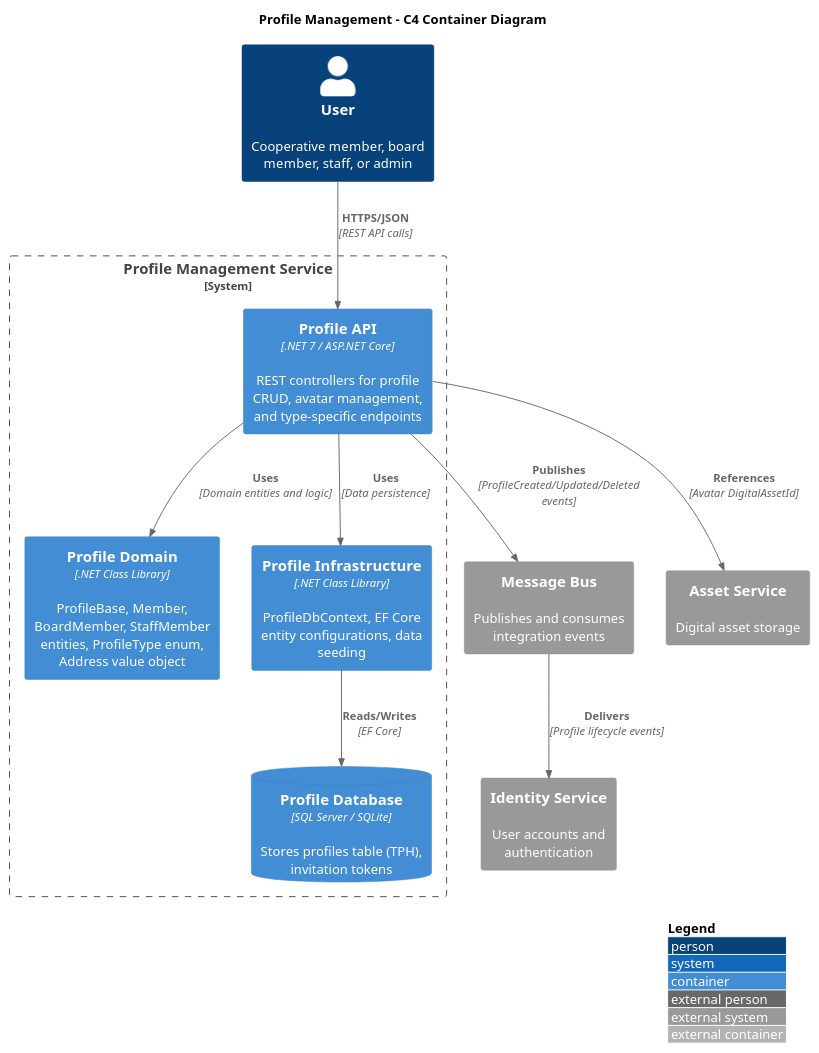
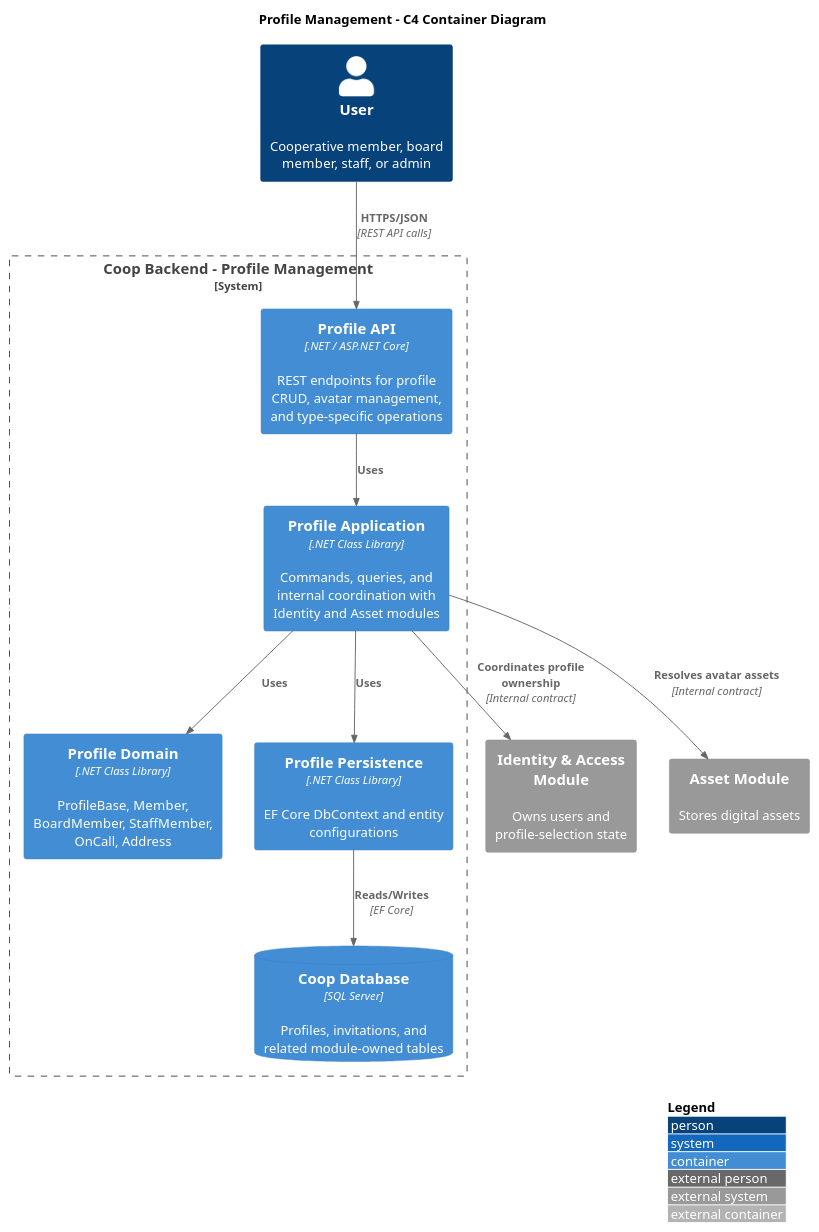
The diagram in docs/detailed-designs/04-profile-management/c4-container.puml (QuinntyneBrown/Coop), drawn with PlantUML before and after one commit. The commit also changed 7 other files, not shown here.

Commit message:
Update PlantUML diagrams for profile and document management

```diff
--- a/docs/detailed-designs/04-profile-management/c4-container.puml
+++ b/docs/detailed-designs/04-profile-management/c4-container.puml
@@ -1,31 +1,31 @@
 @startuml c4-container
 
 !include https://raw.githubusercontent.com/plantuml-stdlib/C4-PlantUML/master/C4_Container.puml
 
 LAYOUT_WITH_LEGEND()
 LAYOUT_TOP_DOWN()
 
 title Profile Management - C4 Container Diagram
 
 Person(user, "User", "Cooperative member, board member, staff, or admin")
 
-System_Boundary(profileBoundary, "Profile Management Service") {
-    Container(profileApi, "Profile API", ".NET 7 / ASP.NET Core", "REST controllers for profile CRUD, avatar management, and type-specific endpoints")
-    Container(profileDomain, "Profile Domain", ".NET Class Library", "ProfileBase, Member, BoardMember, StaffMember entities, ProfileType enum, Address value object")
-    Container(profileInfra, "Profile Infrastructure", ".NET Class Library", "ProfileDbContext, EF Core entity configurations, data seeding")
-    ContainerDb(profileDb, "Profile Database", "SQL Server / SQLite", "Stores profiles table (TPH), invitation tokens")
+System_Boundary(profileBoundary, "Coop Backend - Profile Management") {
+    Container(profileApi, "Profile API", ".NET / ASP.NET Core", "REST endpoints for profile CRUD, avatar management, and type-specific operations")
+    Container(profileApp, "Profile Application", ".NET Class Library", "Commands, queries, and internal coordination with Identity and Asset modules")
+    Container(profileDomain, "Profile Domain", ".NET Class Library", "ProfileBase, Member, BoardMember, StaffMember, OnCall, Address")
+    Container(profileInfra, "Profile Persistence", ".NET Class Library", "EF Core DbContext and entity configurations")
+    ContainerDb(profileDb, "Coop Database", "SQL Server", "Profiles, invitations, and related module-owned tables")
 }
 
-System_Ext(identityService, "Identity Service", "User accounts and authentication")
-System_Ext(messageBus, "Message Bus", "Publishes and consumes integration events")
-System_Ext(assetService, "Asset Service", "Digital asset storage")
+System_Ext(identityModule, "Identity & Access Module", "Owns users and profile-selection state")
+System_Ext(assetModule, "Asset Module", "Stores digital assets")
 
 Rel(user, profileApi, "HTTPS/JSON", "REST API calls")
-Rel(profileApi, profileDomain, "Uses", "Domain entities and logic")
-Rel(profileApi, profileInfra, "Uses", "Data persistence")
+Rel(profileApi, profileApp, "Uses")
+Rel(profileApp, profileDomain, "Uses")
+Rel(profileApp, profileInfra, "Uses")
 Rel(profileInfra, profileDb, "Reads/Writes", "EF Core")
-Rel(profileApi, messageBus, "Publishes", "ProfileCreated/Updated/Deleted events")
-Rel(messageBus, identityService, "Delivers", "Profile lifecycle events")
-Rel(profileApi, assetService, "References", "Avatar DigitalAssetId")
+Rel(profileApp, identityModule, "Coordinates profile ownership", "Internal contract")
+Rel(profileApp, assetModule, "Resolves avatar assets", "Internal contract")
 
 @enduml
```
